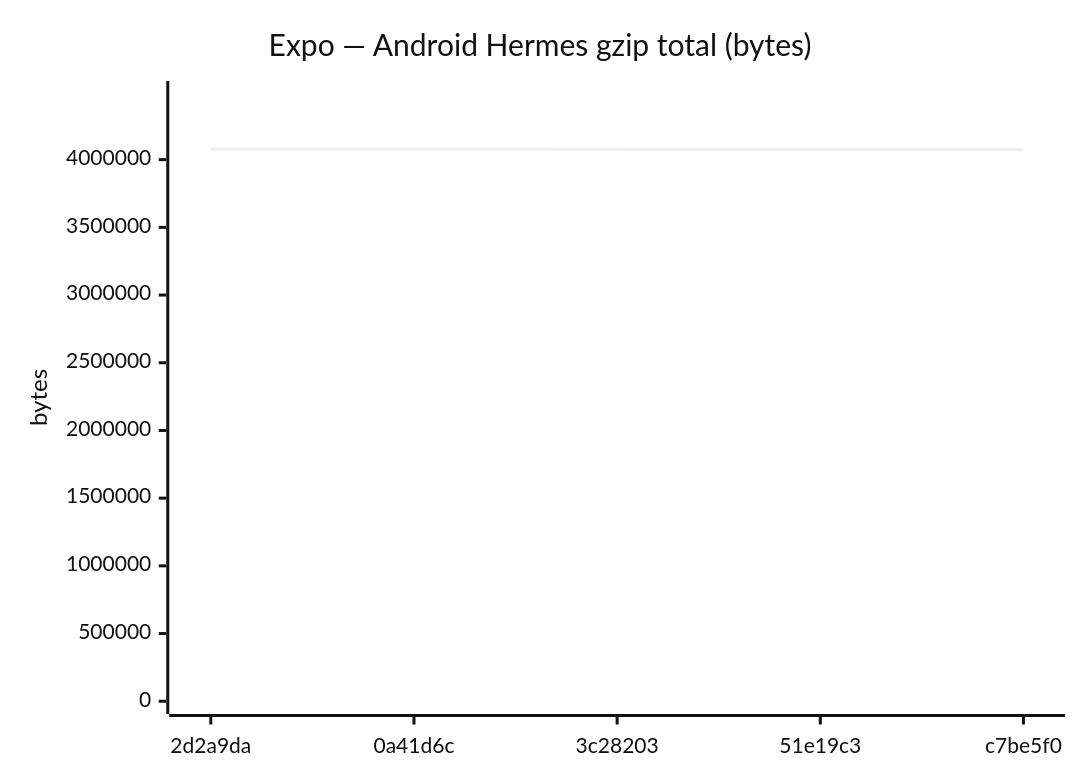
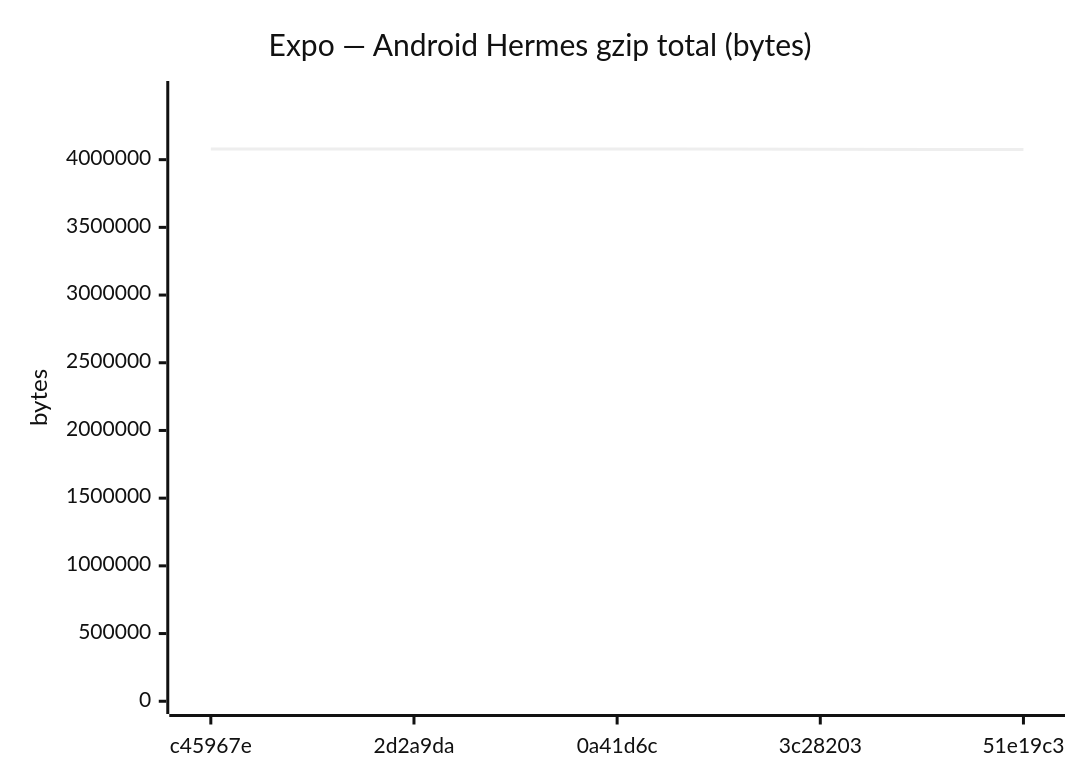
Diagram 11 of 18 in benchmarks/compare.md (Metaheurist/Rianell), drawn with Mermaid (neutral theme) before and after one commit. The commit also changed other lines of this file and 11 other files, not shown here.

````diff
--- a/benchmarks/compare.md
+++ b/benchmarks/compare.md
@@ -172,7 +172,7 @@
 ```mermaid
 xychart-beta
     title "Expo — Android Hermes gzip total (bytes)"
-    x-axis ["2d2a9da", "0a41d6c", "3c28203", "51e19c3", "c7be5f0"]
+    x-axis ["c45967e", "2d2a9da", "0a41d6c", "3c28203", "51e19c3"]
     y-axis "bytes" 0 --> 4486787
-    line [4078895, 4078897, 4076071, 4075584, 4075582]
+    line [4078896, 4078895, 4078897, 4076071, 4075584]
 ```
````
